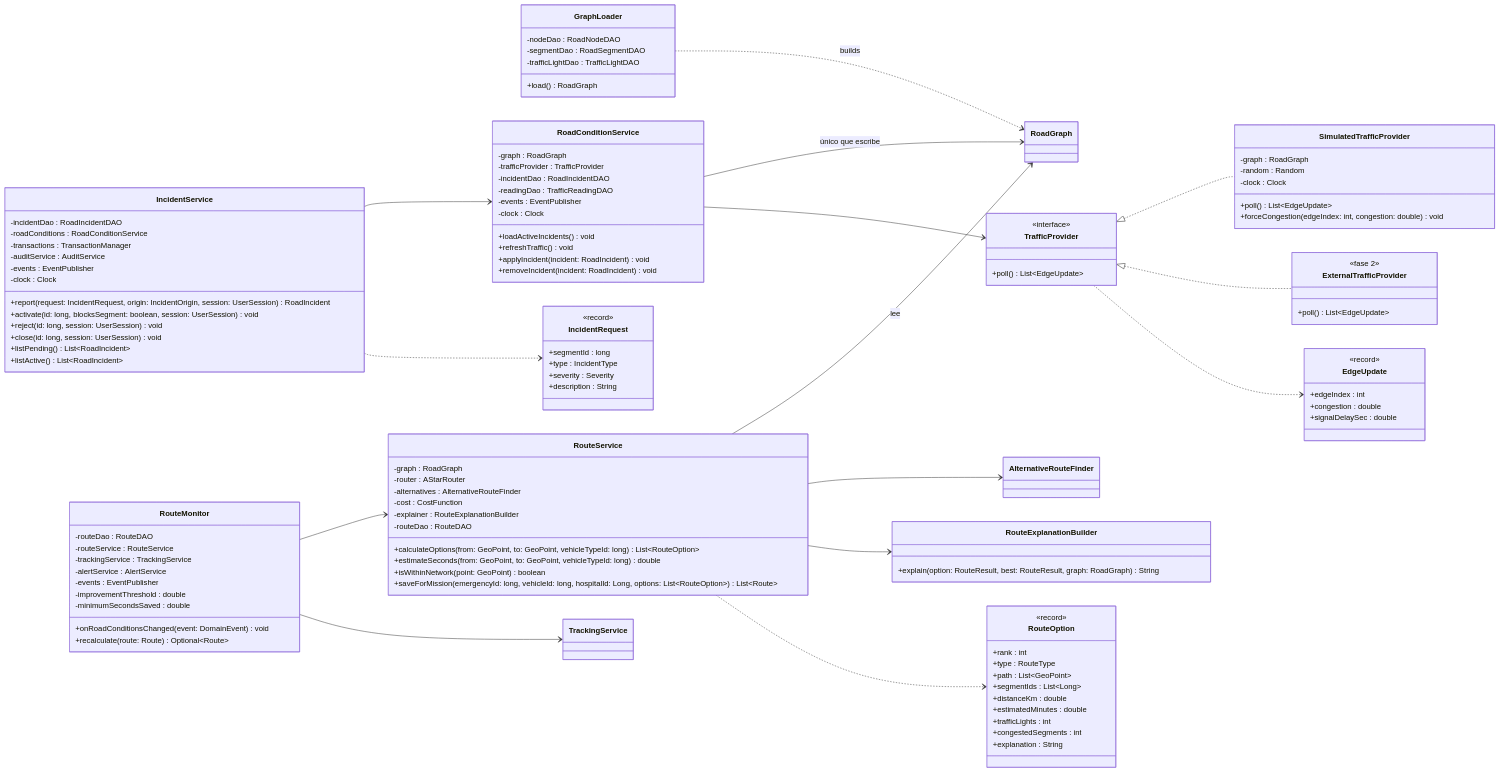
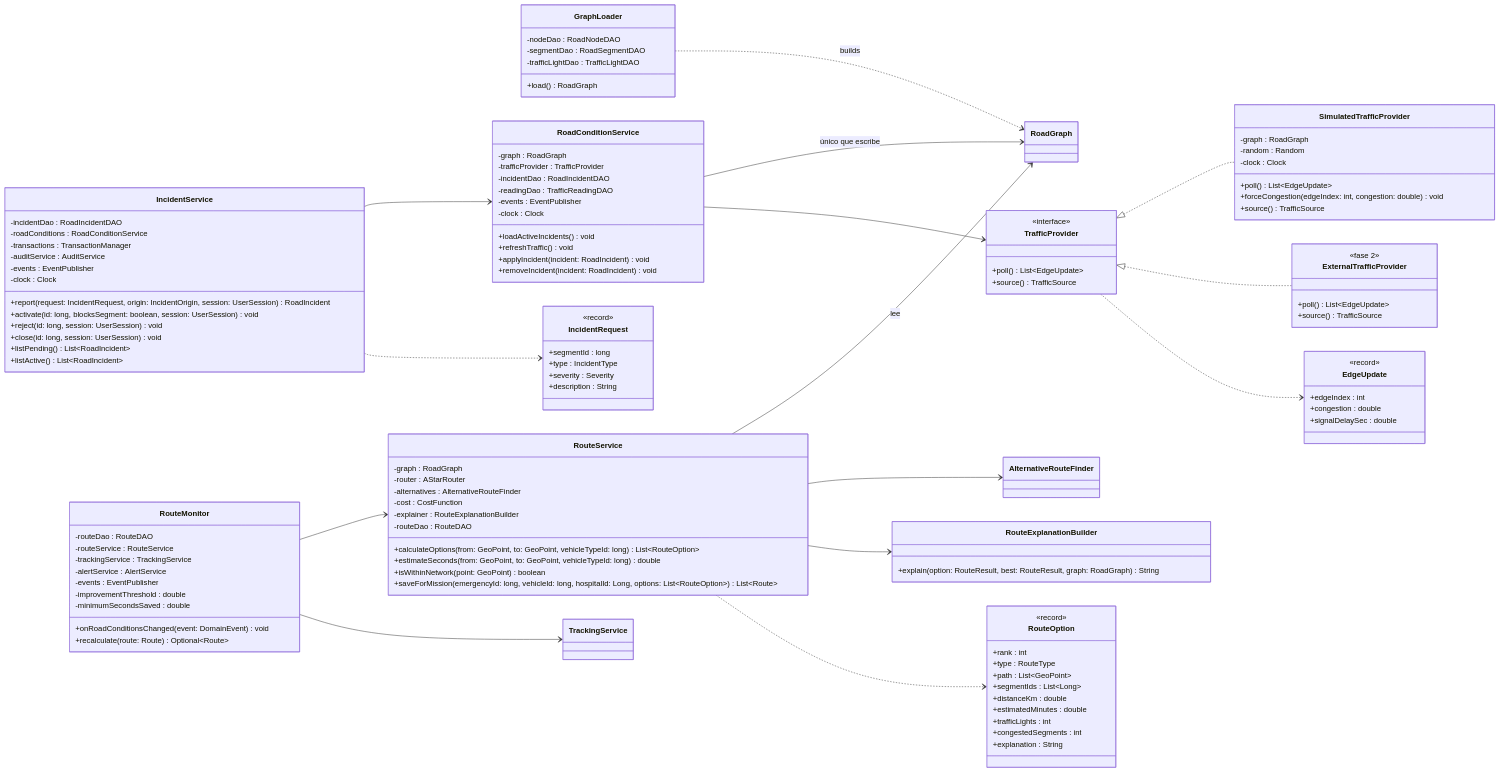
Diagram 18 of 22 in docs/class-diagram.md (afzabaleta/RutaVida), drawn with Mermaid before and after one commit. The commit also changed other lines of this file, not shown here.

Commit message:
docs: sync-traffic-diagram

```diff
--- a/docs/class-diagram.md
+++ b/docs/class-diagram.md
@@ -1377,6 +1377,7 @@
     class TrafficProvider {
         <<interface>>
         +poll() List~EdgeUpdate~
+        +source() TrafficSource
     }
     class EdgeUpdate {
         <<record>>
@@ -1388,12 +1389,15 @@
         -graph : RoadGraph
         -random : Random
         -clock : Clock
+
         +poll() List~EdgeUpdate~
         +forceCongestion(edgeIndex: int, congestion: double) void
+        +source() TrafficSource
     }
     class ExternalTrafficProvider {
         <<fase 2>>
         +poll() List~EdgeUpdate~
+        +source() TrafficSource
     }
     class IncidentService {
         -incidentDao : RoadIncidentDAO
```
